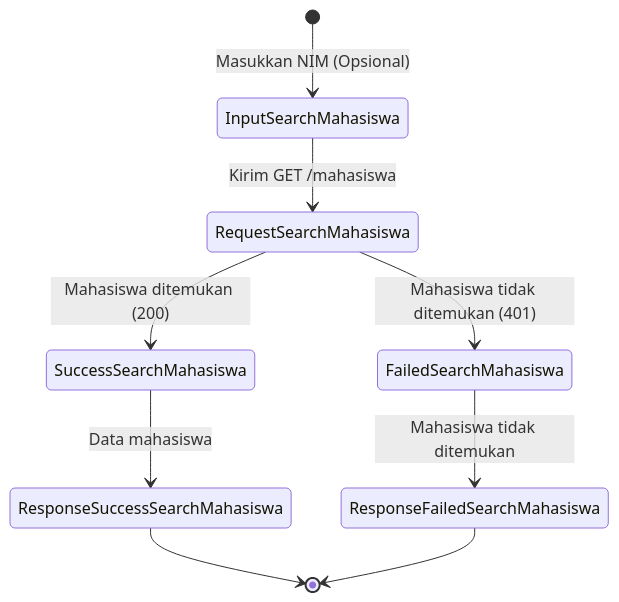
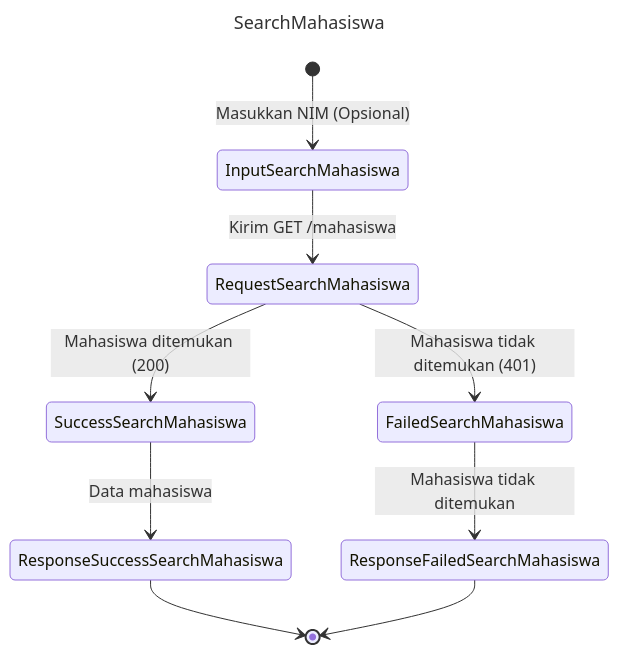
Before and after one commit to lifrmn/LABBAKCEND: the third of 4 diagrams in README.md, drawn with Mermaid. The commit also changed other lines of this file, not shown here.

Commit message:
README.md

`````diff
--- a/README.md
+++ b/README.md
@@ -164,12 +167,15 @@
 ````mermaid
+---
+title: SearchMahasiswa
+---
 stateDiagram-v2
     [*] --> InputSearchMahasiswa : Masukkan NIM (Opsional)
     InputSearchMahasiswa --> RequestSearchMahasiswa : Kirim GET /mahasiswa
     RequestSearchMahasiswa --> SuccessSearchMahasiswa : Mahasiswa ditemukan (200)
     RequestSearchMahasiswa --> FailedSearchMahasiswa : Mahasiswa tidak ditemukan (401)
     SuccessSearchMahasiswa --> ResponseSuccessSearchMahasiswa : Data mahasiswa
     FailedSearchMahasiswa --> ResponseFailedSearchMahasiswa : Mahasiswa tidak ditemukan
     ResponseSuccessSearchMahasiswa --> [*]
     ResponseFailedSearchMahasiswa --> [*]
 
 ````
`````
